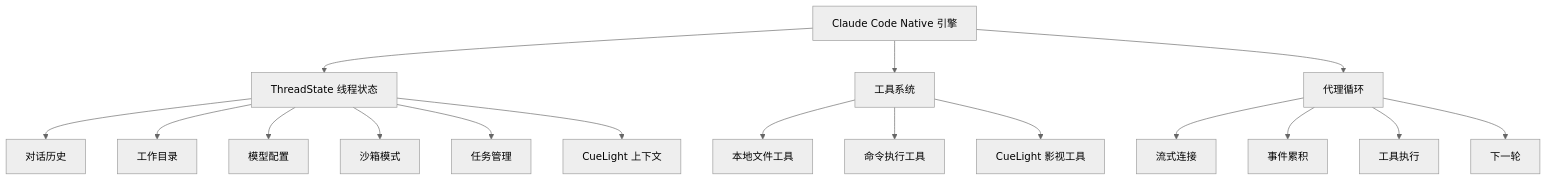
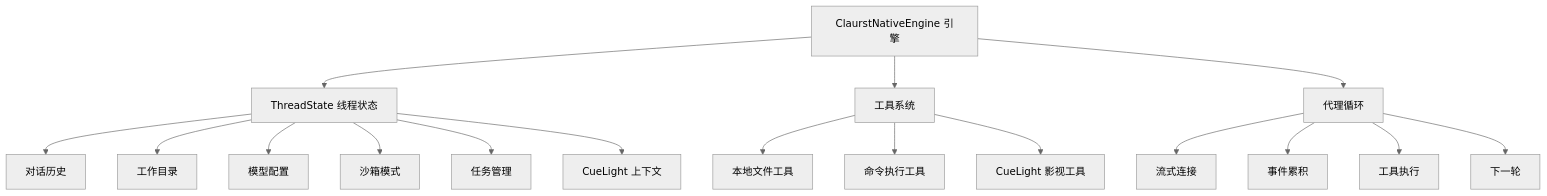
The tenth of 13 diagrams in .qoder/repowiki/zh/content/AI 引擎管理/AI 引擎管理.md (yattin/panes), drawn with Mermaid (neutral theme) before and after one commit. The commit also changed other lines of this file and 45 other files, not shown here.

````diff
--- a/.qoder/repowiki/zh/content/AI 引擎管理/AI 引擎管理.md
+++ b/.qoder/repowiki/zh/content/AI 引擎管理/AI 引擎管理.md
@@ -414,19 +466,19 @@
 ```mermaid
 flowchart TD
-CN["Claude Code Native 引擎"] --> TS["ThreadState 线程状态"]
+CN["ClaurstNativeEngine 引擎"] --> TS["ThreadState 线程状态"]
 TS --> Hist["对话历史"]
 TS --> Root["工作目录"]
 TS --> Model["模型配置"]
 TS --> Sandbox["沙箱模式"]
 TS --> Tasks["任务管理"]
 TS --> CL["CueLight 上下文"]
 CN --> Tools["工具系统"]
 Tools --> Local["本地文件工具"]
 Tools --> Cmd["命令执行工具"]
 Tools --> TL["CueLight 影视工具"]
 CN --> Loop["代理循环"]
 Loop --> Stream["流式连接"]
 Loop --> Acc["事件累积"]
 Loop --> Exec["工具执行"]
 Loop --> Next["下一轮"]
 ```
````
